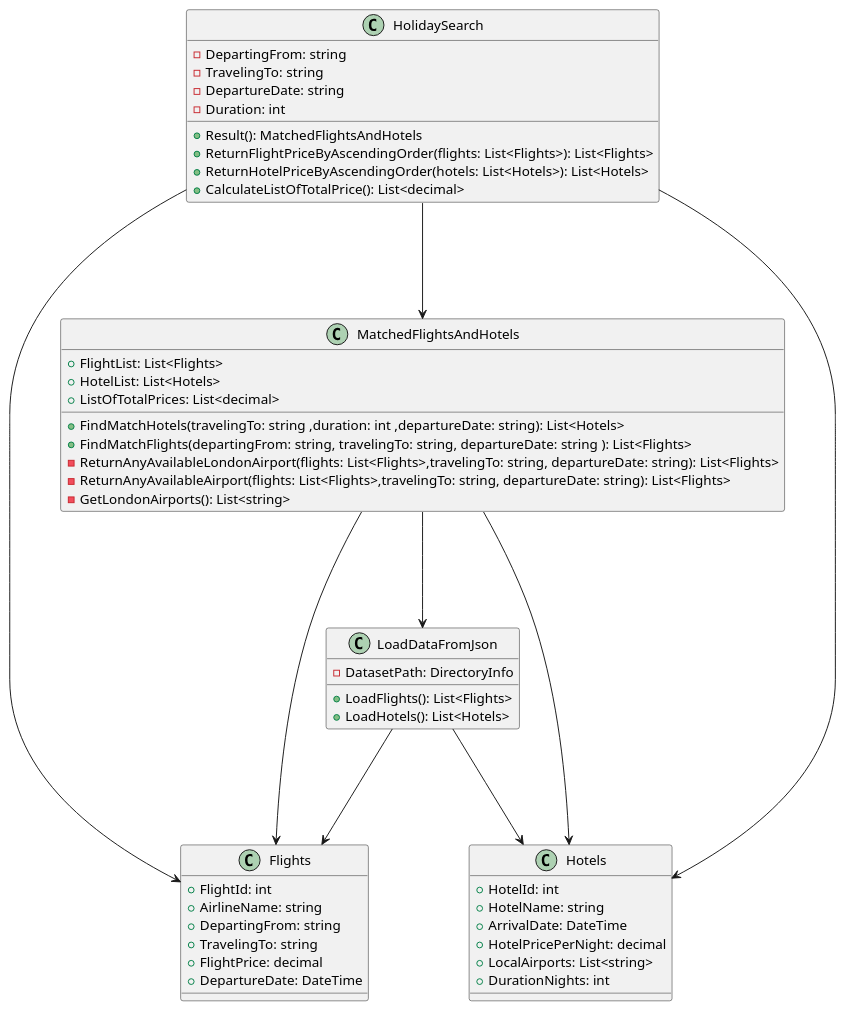
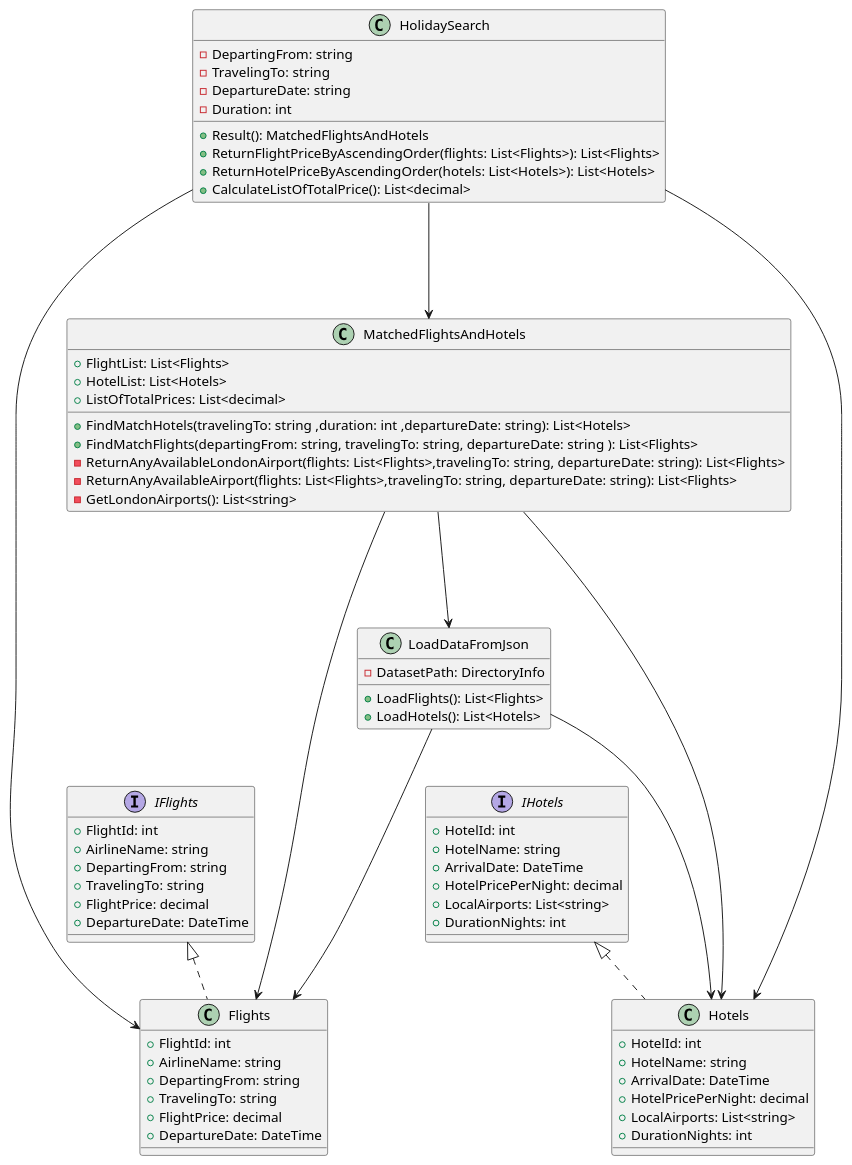
The diagram in HolidaySearch/UML Diagram/HolidaySearch.puml (vahidkianfar/HolidaySearch), drawn with PlantUML before and after one commit. The commit also changed 4 other files, not shown here.

```diff
--- a/HolidaySearch/UML Diagram/HolidaySearch.puml
+++ b/HolidaySearch/UML Diagram/HolidaySearch.puml
@@ -1,68 +1,89 @@
 @startuml
 'https://plantuml.com/class-diagram
 
-class Flights
+interface IFlights
 {
     +FlightId: int
     +AirlineName: string
     +DepartingFrom: string
     +TravelingTo: string
     +FlightPrice: decimal
     +DepartureDate: DateTime
 }
 
-class Hotels
+class Flights implements IFlights
+{
+    +FlightId: int
+    +AirlineName: string
+    +DepartingFrom: string
+    +TravelingTo: string
+    +FlightPrice: decimal
+    +DepartureDate: DateTime
+}
+interface IHotels
+{
+    +HotelId: int
+    +HotelName: string
+    +ArrivalDate: DateTime
+    +HotelPricePerNight: decimal
+    +LocalAirports: List<string>
+    +DurationNights: int
+}
+class Hotels implements IHotels
 {
     +HotelId: int
     +HotelName: string
     +ArrivalDate: DateTime
     +HotelPricePerNight: decimal
     +LocalAirports: List<string>
     +DurationNights: int
 
 }
 
 class MatchedFlightsAndHotels
 {
     +FlightList: List<Flights>
     +HotelList: List<Hotels>
     +ListOfTotalPrices: List<decimal>
     
     +FindMatchHotels(travelingTo: string ,duration: int ,departureDate: string): List<Hotels>
     +FindMatchFlights(departingFrom: string, travelingTo: string, departureDate: string ): List<Flights>
     -ReturnAnyAvailableLondonAirport(flights: List<Flights>,travelingTo: string, departureDate: string): List<Flights>
     -ReturnAnyAvailableAirport(flights: List<Flights>,travelingTo: string, departureDate: string): List<Flights>
     -GetLondonAirports(): List<string>
 }
 
 class LoadDataFromJson
 {
     -DatasetPath: DirectoryInfo
     +LoadFlights(): List<Flights>
     +LoadHotels(): List<Hotels>
 }
 
 class HolidaySearch
 {
     -DepartingFrom: string
     -TravelingTo: string
     -DepartureDate: string
     -Duration: int
     
     +Result(): MatchedFlightsAndHotels
     +ReturnFlightPriceByAscendingOrder(flights: List<Flights>): List<Flights>
     +ReturnHotelPriceByAscendingOrder(hotels: List<Hotels>): List<Hotels>
     +CalculateListOfTotalPrice(): List<decimal>
 }
 
+
+
+
 HolidaySearch ---> Flights
 HolidaySearch ---> Hotels
 HolidaySearch ---> MatchedFlightsAndHotels
 
 MatchedFlightsAndHotels ---> LoadDataFromJson
 MatchedFlightsAndHotels ---> Flights
 MatchedFlightsAndHotels ---> Hotels
 
 LoadDataFromJson ---> Flights
 LoadDataFromJson ---> Hotels
 @enduml
```
